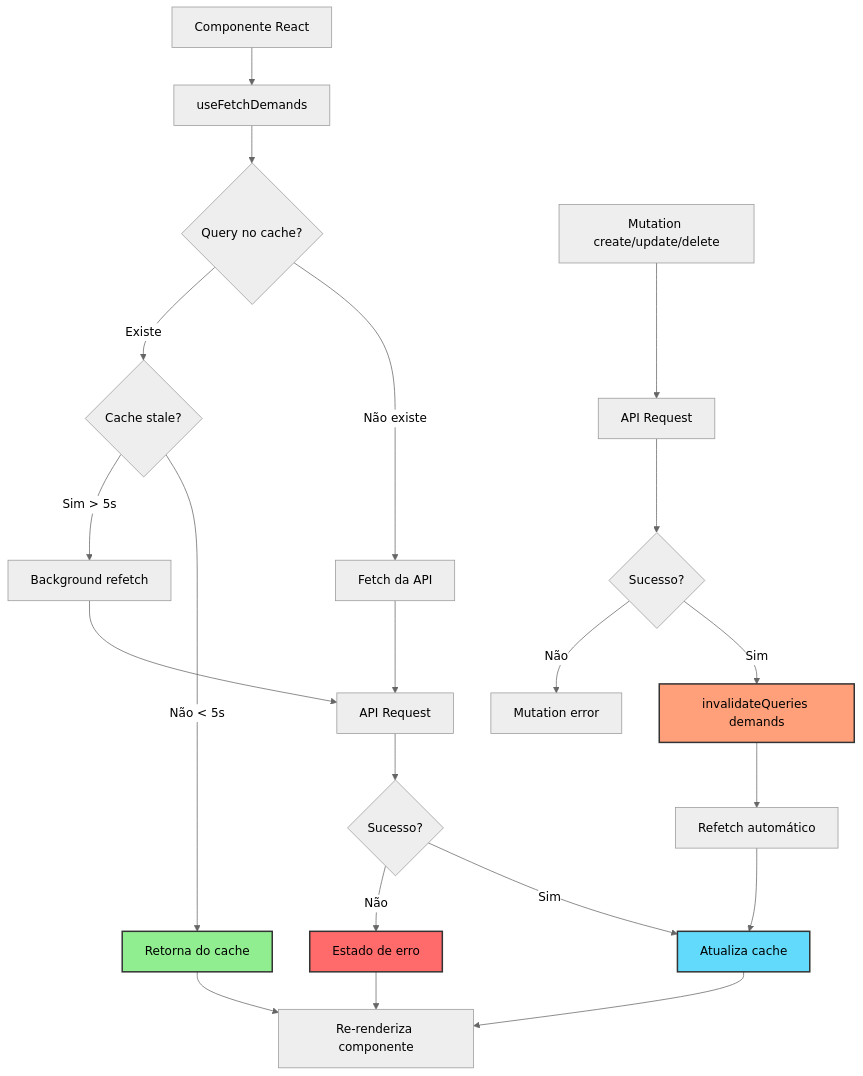
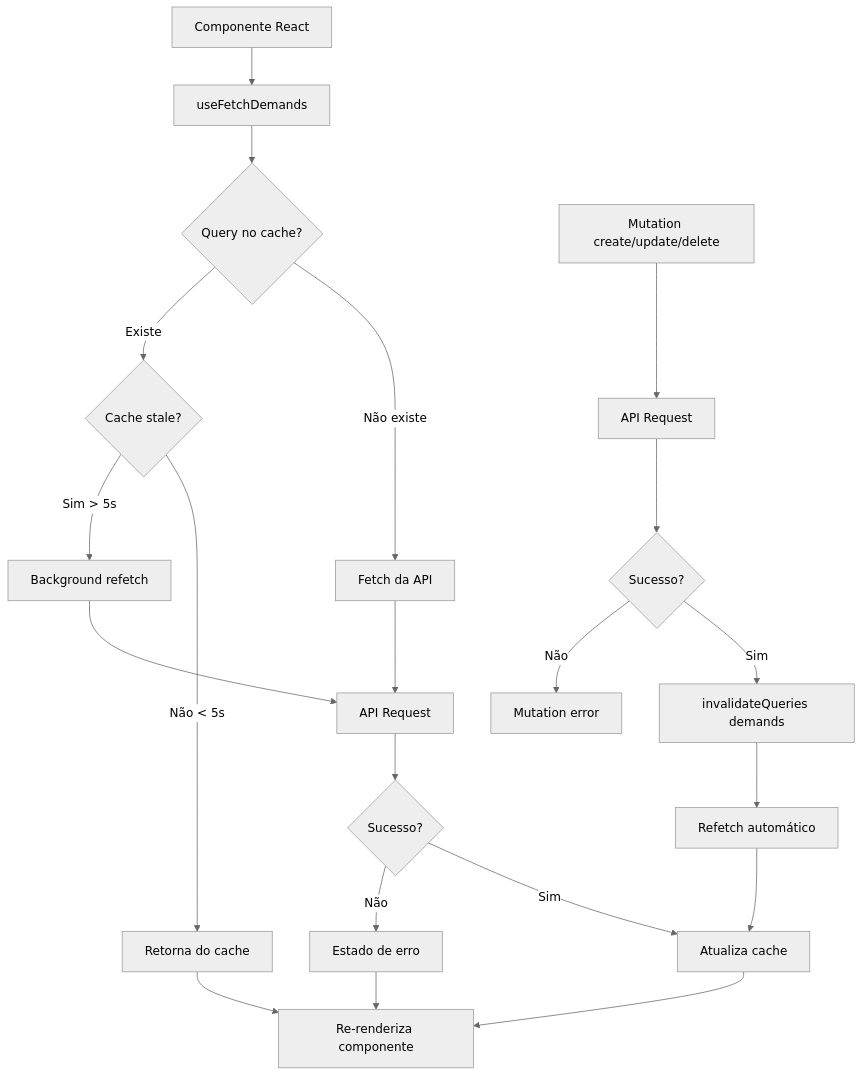
One commit to JPMworkPROG/TodoManager changed the sixth of 6 diagrams in documentation/diagrams/requestFlow.md. Above: the diagram before and after it, drawn with Mermaid (neutral theme). The commit also changed other lines of this file and 1 other file, not shown here.

````diff
--- a/documentation/diagrams/requestFlow.md
+++ b/documentation/diagrams/requestFlow.md
@@ -308,36 +302,31 @@
 ```mermaid
 flowchart TD
     Component[Componente React] --> Hook[useFetchDemands]
     Hook --> Query{Query no cache?}
     
     Query -->|Não existe| FetchNew[Fetch da API]
     Query -->|Existe| CheckStale{Cache stale?}
     
     CheckStale -->|Não < 5s| ReturnCache[Retorna do cache]
     CheckStale -->|Sim > 5s| Background[Background refetch]
     
     FetchNew --> API[API Request]
     Background --> API
     
     API --> Success{Sucesso?}
     Success -->|Sim| UpdateCache[Atualiza cache]
     Success -->|Não| ErrorState[Estado de erro]
     
     UpdateCache --> Render[Re-renderiza componente]
     ReturnCache --> Render
     ErrorState --> Render
     
     Mutation[Mutation create/update/delete] --> MutationAPI[API Request]
     MutationAPI --> MutationSuccess{Sucesso?}
     
     MutationSuccess -->|Sim| Invalidate[invalidateQueries demands]
     MutationSuccess -->|Não| MutationError[Mutation error]
     
     Invalidate --> Refetch[Refetch automático]
     Refetch --> UpdateCache
-    
-    style ReturnCache fill:#90ee90,stroke:#333,stroke-width:2px
-    style UpdateCache fill:#61dafb,stroke:#333,stroke-width:2px
-    style Invalidate fill:#ffa07a,stroke:#333,stroke-width:2px
-    style ErrorState fill:#ff6b6b,stroke:#333,stroke-width:2px
 ```
````
